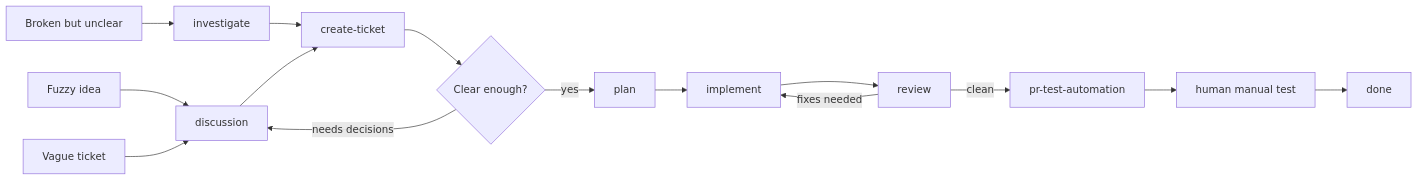
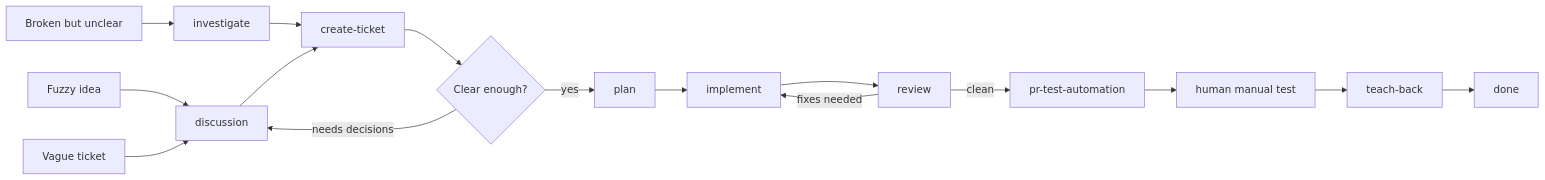
Before and after one commit to dcouple/skills: the first of 2 diagrams in README.md, drawn with Mermaid. The commit also changed other lines of this file and 3 other files, not shown here.

Commit message:
feat: add teach-back skill

````diff
--- a/README.md
+++ b/README.md
@@ -133,17 +139,18 @@
 ```mermaid
 flowchart LR
   F[Fuzzy idea] --> D[discussion]
   B[Broken but unclear] --> Inv[investigate]
   Inv --> T
   D --> T[create-ticket]
   V[Vague ticket] --> D
   T --> P{Clear enough?}
   P -->|needs decisions| D
   P -->|yes| Plan[plan]
   Plan --> I[implement]
   I --> R[review]
   R -->|fixes needed| I
   R -->|clean| QA[pr-test-automation]
   QA --> H[human manual test]
-  H --> Done[done]
+  H --> TB[teach-back]
+  TB --> Done[done]
 ```
````
